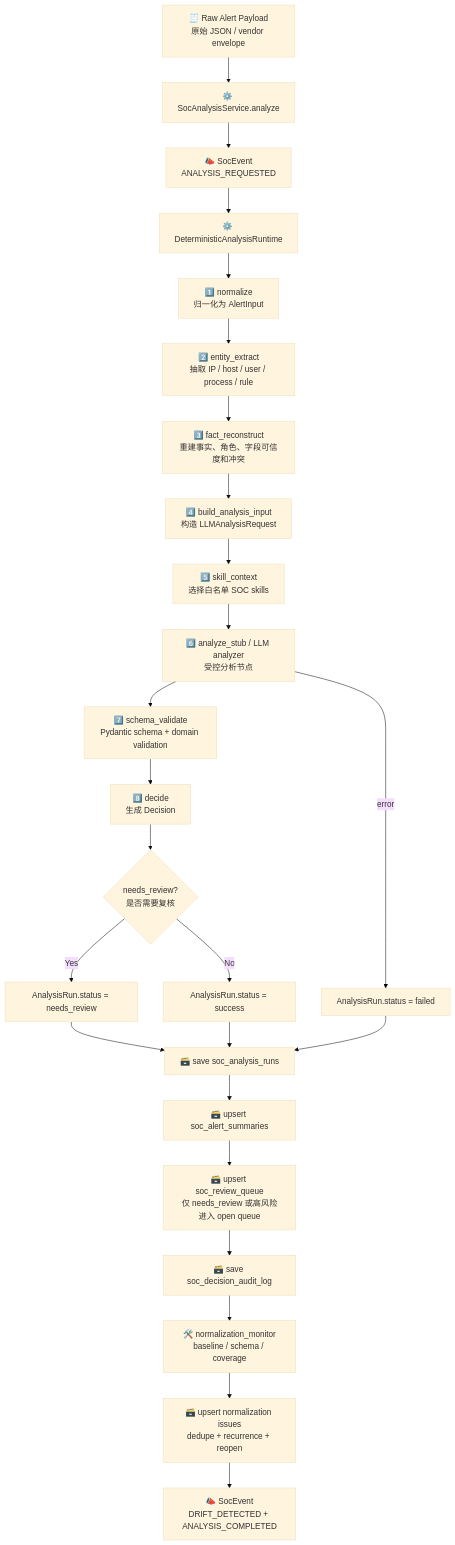
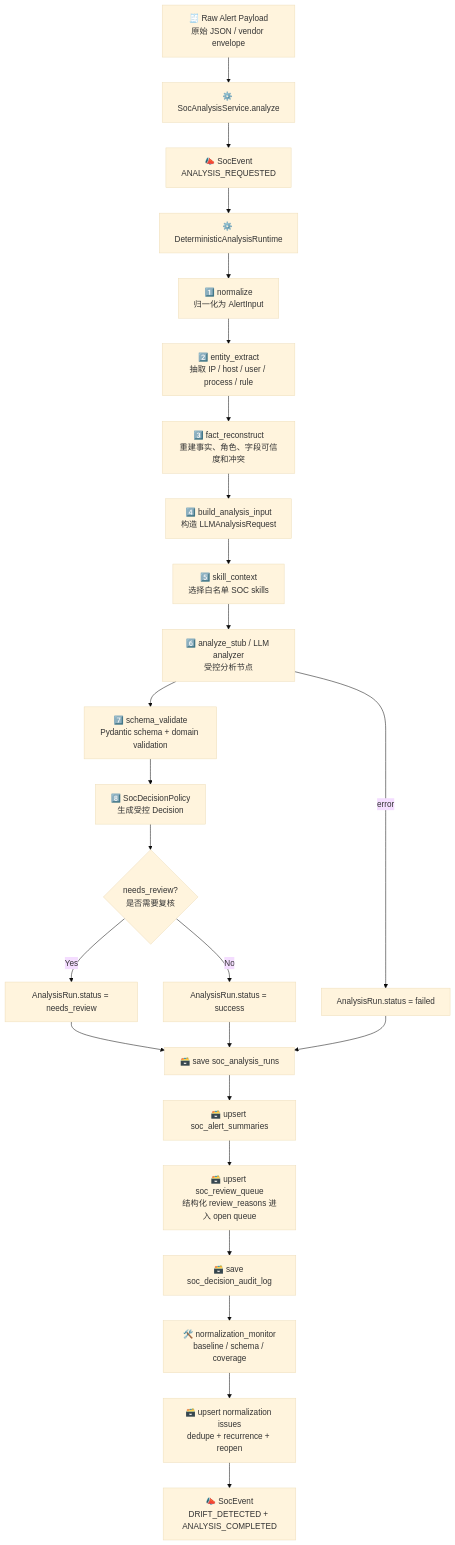
The second of 17 diagrams in .notes/ai_soc/alert-lifecycle-flow.md (yydspanda/deer-flow), drawn with Mermaid (base theme) before and after one commit. The commit also changed other lines of this file and 22 other files, not shown here.

````diff
--- a/.notes/ai_soc/alert-lifecycle-flow.md
+++ b/.notes/ai_soc/alert-lifecycle-flow.md
@@ -82,30 +82,30 @@
 ```mermaid
 flowchart TD
     A["🧾 Raw Alert Payload<br/>原始 JSON / vendor envelope"] --> B["⚙️ SocAnalysisService.analyze"]
     B --> C["📣 SocEvent<br/>ANALYSIS_REQUESTED"]
     C --> D["⚙️ DeterministicAnalysisRuntime"]
 
     D --> E["1️⃣ normalize<br/>归一化为 AlertInput"]
     E --> F["2️⃣ entity_extract<br/>抽取 IP / host / user / process / rule"]
     F --> G["3️⃣ fact_reconstruct<br/>重建事实、角色、字段可信度和冲突"]
     G --> H["4️⃣ build_analysis_input<br/>构造 LLMAnalysisRequest"]
     H --> I["5️⃣ skill_context<br/>选择白名单 SOC skills"]
     I --> J["6️⃣ analyze_stub / LLM analyzer<br/>受控分析节点"]
     J --> K["7️⃣ schema_validate<br/>Pydantic schema + domain validation"]
-    K --> L["8️⃣ decide<br/>生成 Decision"]
+    K --> L["8️⃣ SocDecisionPolicy<br/>生成受控 Decision"]
 
     L --> M{"needs_review?<br/>是否需要复核"}
     M -->|Yes| N["AnalysisRun.status = needs_review"]
     M -->|No| O["AnalysisRun.status = success"]
     J -->|error| P["AnalysisRun.status = failed"]
 
     N --> Q["🗃️ save soc_analysis_runs"]
     O --> Q
     P --> Q
     Q --> R["🗃️ upsert soc_alert_summaries"]
-    R --> S["🗃️ upsert soc_review_queue<br/>仅 needs_review 或高风险进入 open queue"]
+    R --> S["🗃️ upsert soc_review_queue<br/>结构化 review_reasons 进入 open queue"]
     S --> T["🗃️ save soc_decision_audit_log"]
     T --> U["🛠️ normalization_monitor<br/>baseline / schema / coverage"]
     U --> V["🗃️ upsert normalization issues<br/>dedupe + recurrence + reopen"]
     V --> W["📣 SocEvent<br/>DRIFT_DETECTED + ANALYSIS_COMPLETED"]
 ```
````
